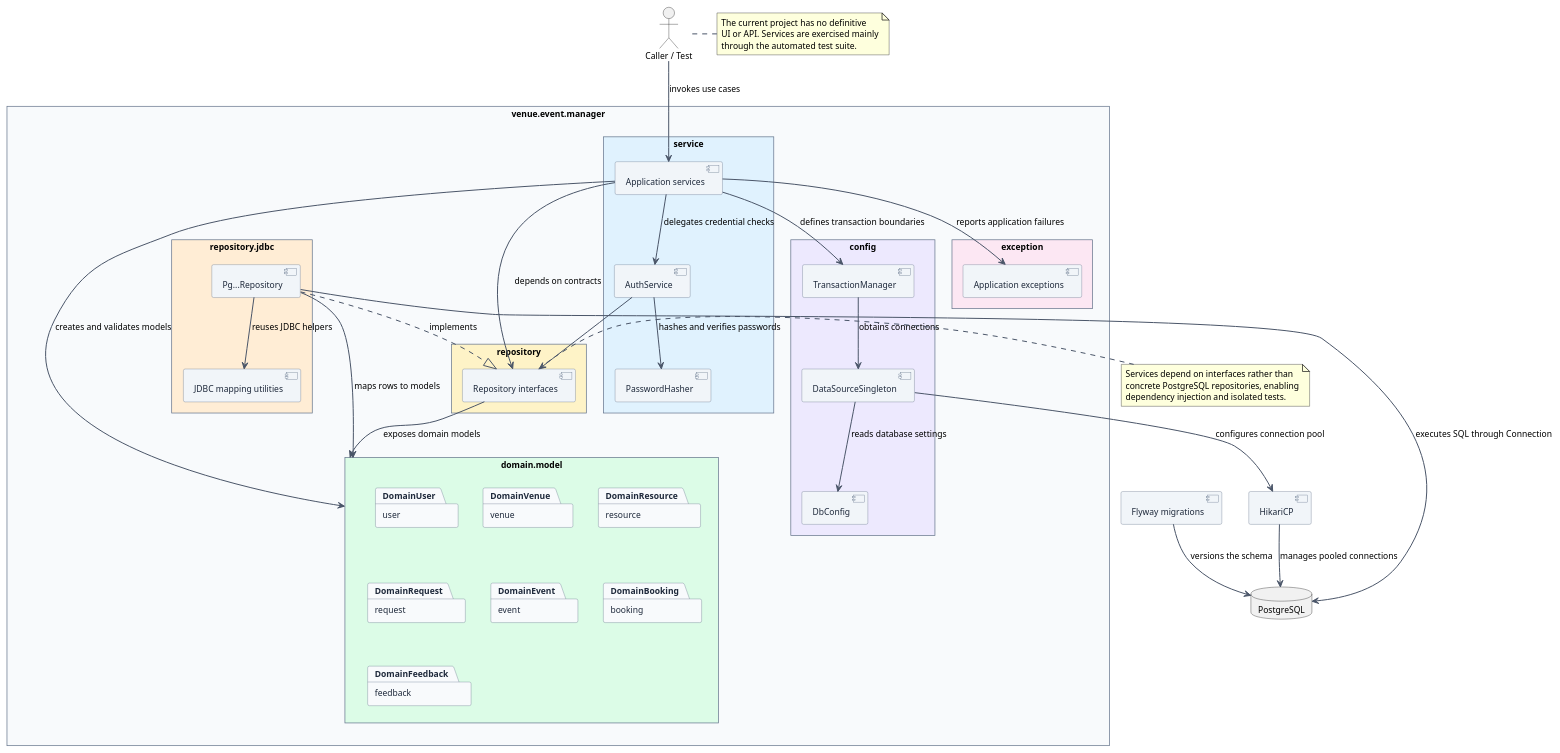
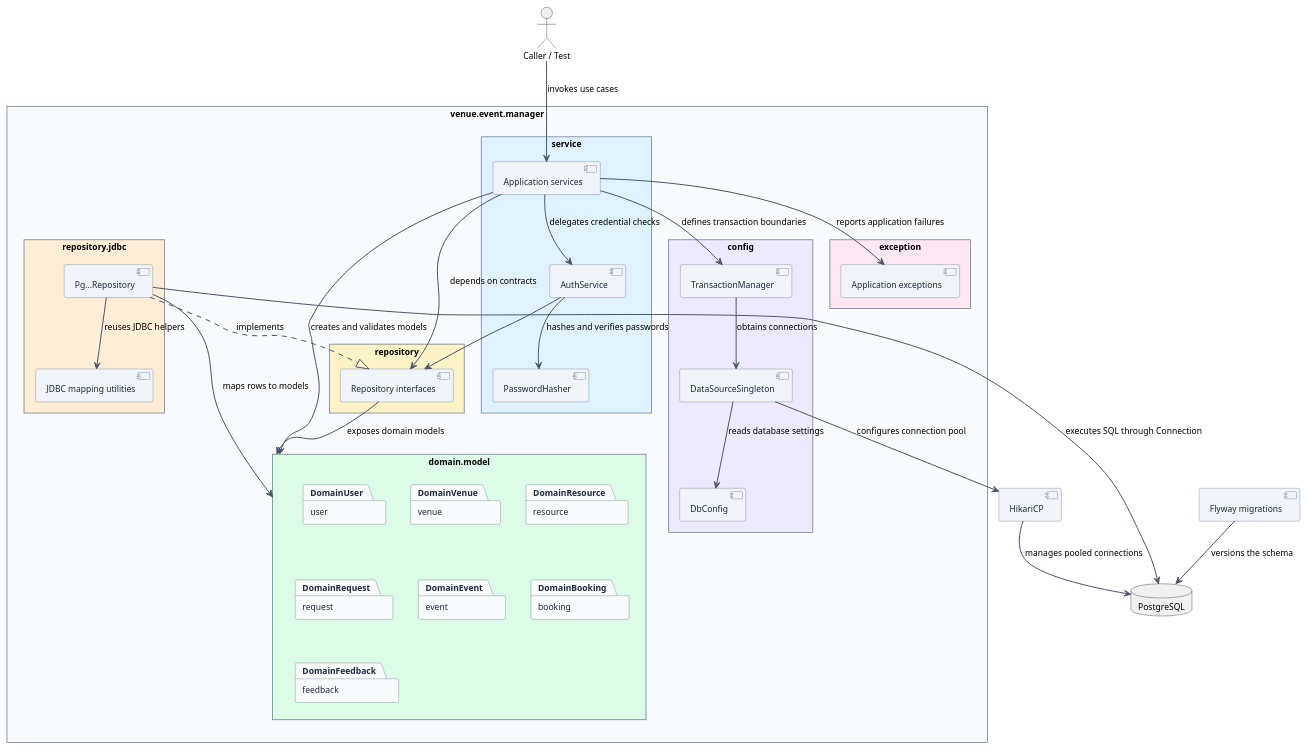
One commit to MeruemMeurel/Venue_Event_Organiser changed the diagram in docs/diagrams/architecture/package-architecture.puml. Above: the diagram before and after it, drawn with PlantUML. The commit also changed 4 other files, not shown here.

Commit message:
docs: refine architecture diagrams and patterns

```diff
--- a/docs/diagrams/architecture/package-architecture.puml
+++ b/docs/diagrams/architecture/package-architecture.puml
@@ -1,102 +1,90 @@
 @startuml
 skinparam style strictuml
 skinparam shadowing false
 skinparam DefaultFontName "Helvetica"
 skinparam DefaultFontSize 12
 skinparam ArrowColor #4A5568
 skinparam ArrowThickness 1.4
 skinparam packageStyle rectangle
 
 skinparam package {
     BackgroundColor #F8FAFC
     BorderColor #64748B
     FontColor #1E293B
 }
 
 skinparam component {
     BackgroundColor #F1F5F9
     BorderColor #64748B
     FontColor #1E293B
 }
 
 top to bottom direction
 
 actor "Caller / Test" as Caller
 
 package "venue.event.manager" as Root {
     package "service" as Service #E0F2FE {
         component "Application services" as Services
         component "AuthService" as Auth
         component "PasswordHasher" as Hasher
     }
 
     package "domain.model" as Domain #DCFCE7 {
         package "user" as DomainUser
         package "venue" as DomainVenue
         package "resource" as DomainResource
         package "request" as DomainRequest
         package "event" as DomainEvent
         package "booking" as DomainBooking
         package "feedback" as DomainFeedback
     }
 
     package "repository" as Repository #FEF3C7 {
         component "Repository interfaces" as RepositoryContracts
     }
 
     package "repository.jdbc" as Jdbc #FFEDD5 {
         component "Pg...Repository" as PgRepositories
         component "JDBC mapping utilities" as JdbcUtilities
     }
 
     package "config" as Config #EDE9FE {
         component "TransactionManager" as TransactionManager
         component "DataSourceSingleton" as DataSource
         component "DbConfig" as DbConfig
     }
 
     package "exception" as Exception #FCE7F3 {
         component "Application exceptions" as ApplicationExceptions
     }
 }
 
 database "PostgreSQL" as PostgreSQL
 component "HikariCP" as Hikari
 component "Flyway migrations" as Flyway
 
 Caller --> Services : invokes use cases
 
 Services --> Domain : creates and validates models
 Services --> RepositoryContracts : depends on contracts
 Services --> TransactionManager : defines transaction boundaries
 Services --> ApplicationExceptions : reports application failures
 Services --> Auth : delegates credential checks
 Auth --> Hasher : hashes and verifies passwords
 Auth --> RepositoryContracts
 
 RepositoryContracts --> Domain : exposes domain models
 
 PgRepositories ..|> RepositoryContracts : implements
 PgRepositories --> Domain : maps rows to models
 PgRepositories --> JdbcUtilities : reuses JDBC helpers
 PgRepositories --> PostgreSQL : executes SQL through Connection
 
 TransactionManager --> DataSource : obtains connections
 DataSource --> DbConfig : reads database settings
 DataSource --> Hikari : configures connection pool
 Hikari --> PostgreSQL : manages pooled connections
 Flyway --> PostgreSQL : versions the schema
 
-note right of Caller
-  The current project has no definitive
-  UI or API. Services are exercised mainly
-  through the automated test suite.
-end note
-
-note right of RepositoryContracts
-  Services depend on interfaces rather than
-  concrete PostgreSQL repositories, enabling
-  dependency injection and isolated tests.
-end note
-
 @enduml
```
